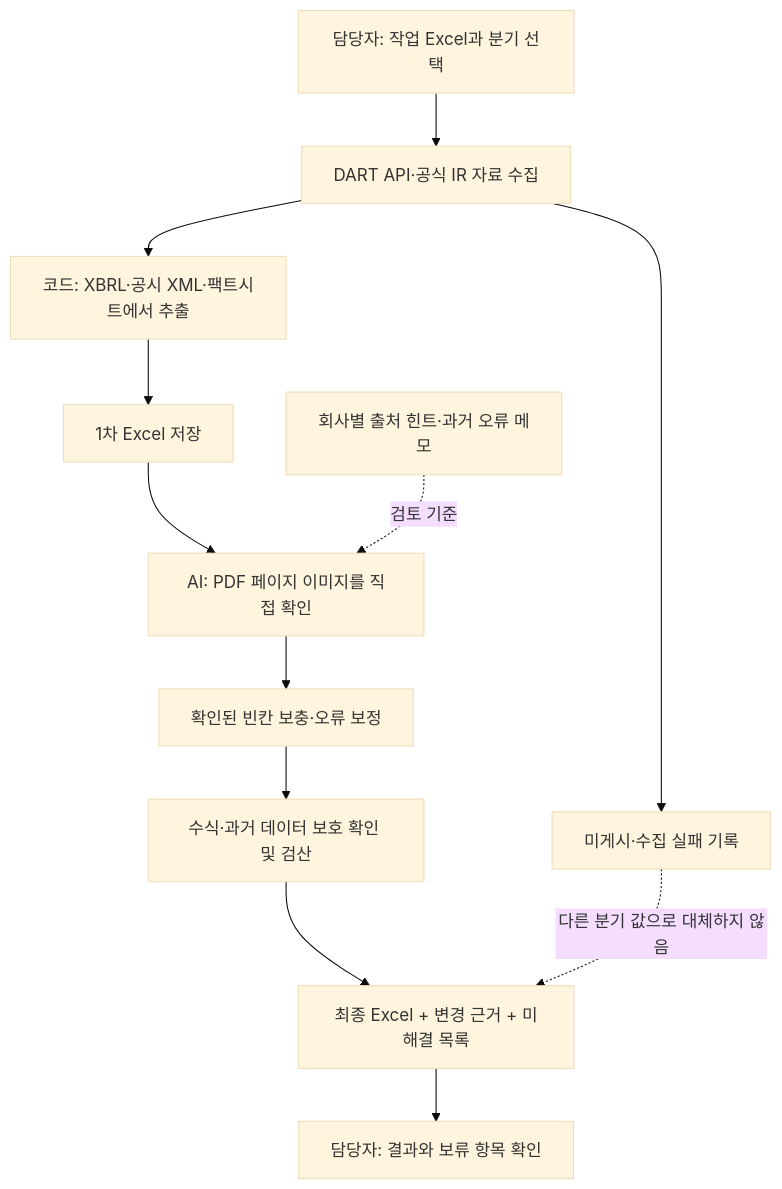
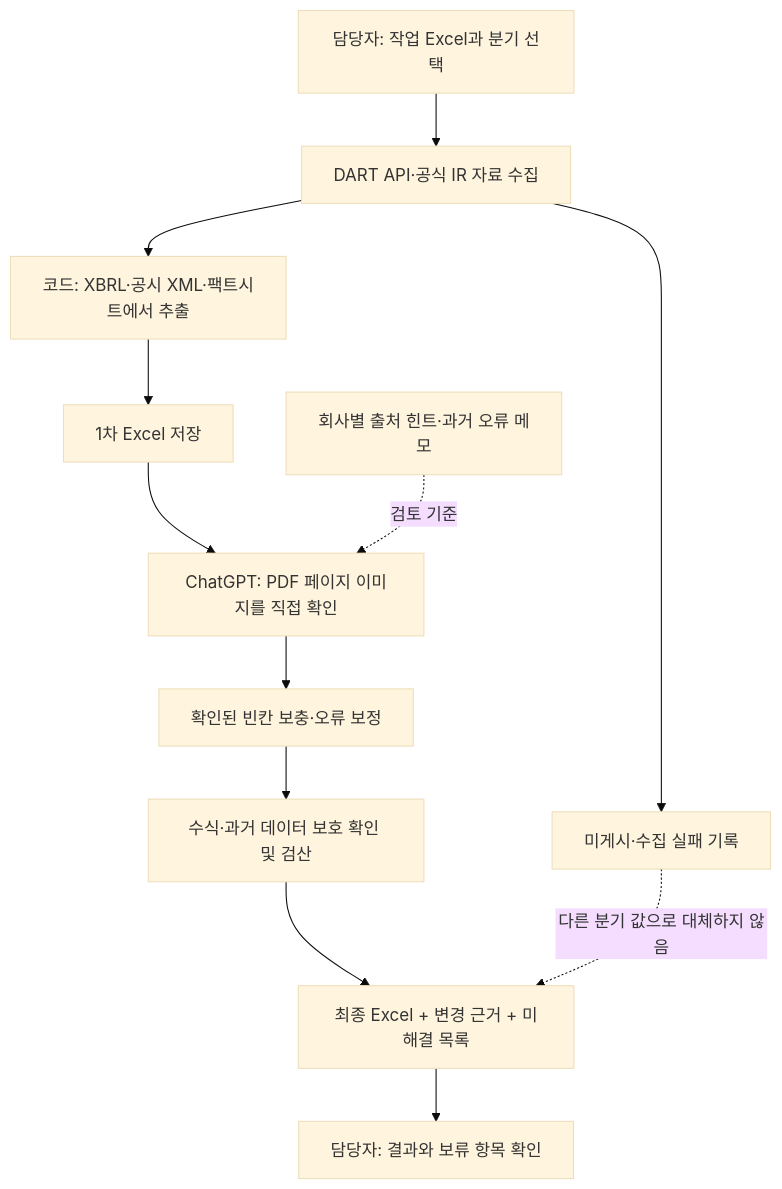
One commit to ms-park0425/dartapi changed the diagram in README.md. Above: the diagram before and after it, drawn with Mermaid (base theme). The commit also changed other lines of this file and 4 other files, not shown here.

Commit message:
docs: explain quarterly workflow through ChatGPT project chat

````diff
--- a/README.md
+++ b/README.md
@@ -9,14 +10,14 @@
 ```mermaid
 flowchart TD
     A[담당자: 작업 Excel과 분기 선택] --> B[DART API·공식 IR 자료 수집]
     B --> C[코드: XBRL·공시 XML·팩트시트에서 추출]
     C --> D[1차 Excel 저장]
-    D --> E[AI: PDF 페이지 이미지를 직접 확인]
+    D --> E[ChatGPT: PDF 페이지 이미지를 직접 확인]
     H[회사별 출처 힌트·과거 오류 메모] -. 검토 기준 .-> E
     E --> F[확인된 빈칸 보충·오류 보정]
     F --> G[수식·과거 데이터 보호 확인 및 검산]
     G --> I[최종 Excel + 변경 근거 + 미해결 목록]
     I --> J[담당자: 결과와 보류 항목 확인]
     B --> K[미게시·수집 실패 기록]
     K -. 다른 분기 값으로 대체하지 않음 .-> I
 ```
````
